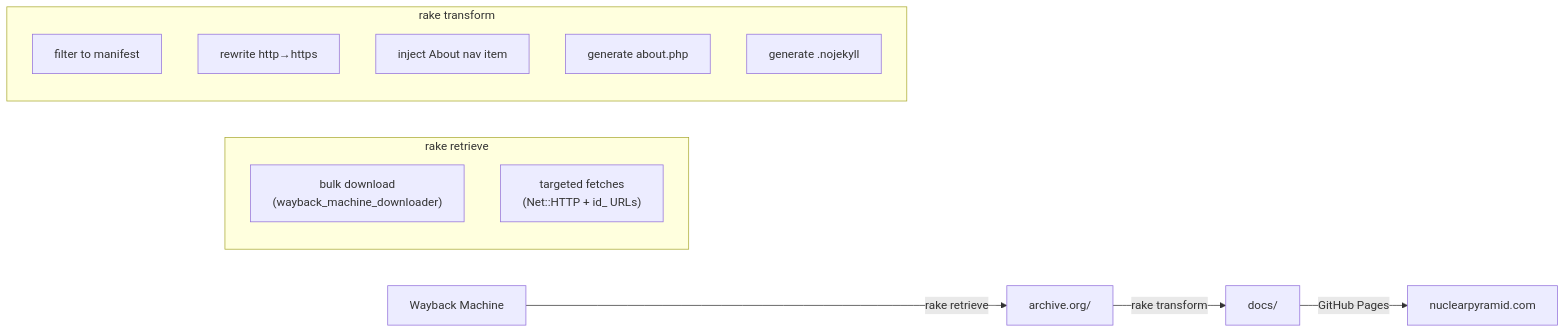
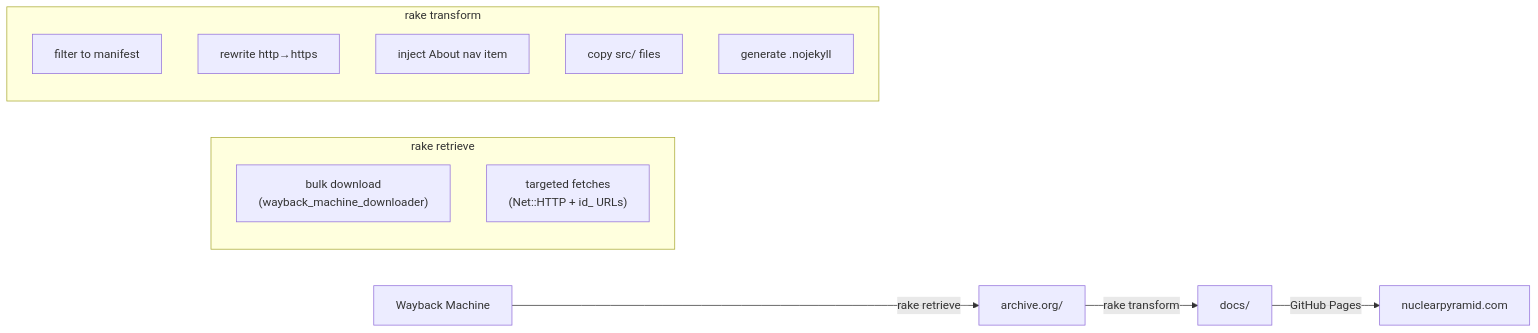
The diagram in memory-bank/active/tasks.md (Texarkanine/nuclear-pyramid-archive), drawn with Mermaid before and after one commit. The commit also changed other lines of this file and 5 other files, not shown here.

````diff
--- a/memory-bank/active/tasks.md
+++ b/memory-bank/active/tasks.md
@@ -59,19 +59,19 @@
 ```mermaid
 graph LR
     WM["Wayback Machine"] -->|"rake retrieve"| SRC["archive.org/"]
     SRC -->|"rake transform"| DOCS["docs/"]
     DOCS -->|"GitHub Pages"| WEB["nuclearpyramid.com"]
     
     subgraph "rake retrieve"
         BULK["bulk download<br>(wayback_machine_downloader)"]
         TARGETED["targeted fetches<br>(Net::HTTP + id_ URLs)"]
     end
     
     subgraph "rake transform"
         FILTER["filter to manifest"]
         REWRITE["rewrite http→https"]
         NAV["inject About nav item"]
-        ABOUT["generate about.php"]
+        ABOUT["copy src/ files"]
         NOJEKYLL["generate .nojekyll"]
     end
 ```
````
